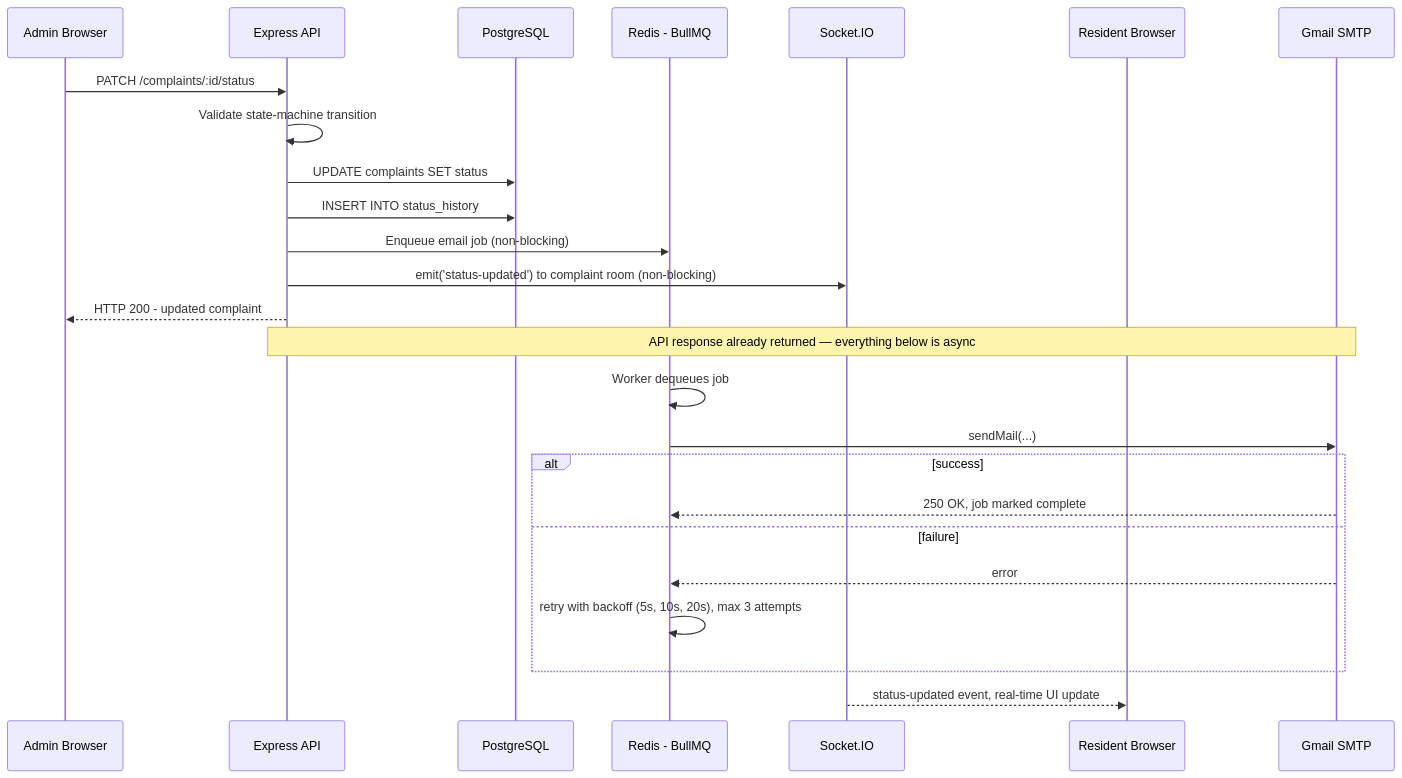
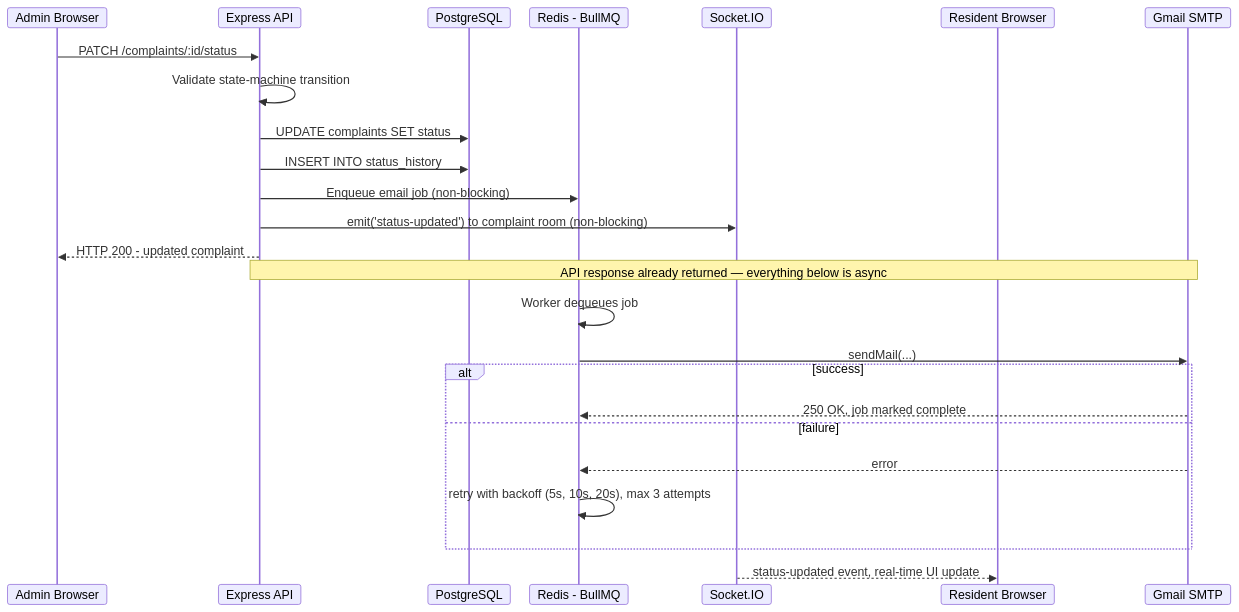
One commit to Suyash121212/SocietyTrack changed the fifth of 8 diagrams in SYSTEM_DESIGN.md. Above: the diagram before and after it, drawn with Mermaid. The commit also changed other lines of this file, not shown here.

````diff
--- a/SYSTEM_DESIGN.md
+++ b/SYSTEM_DESIGN.md
@@ -114,30 +111,31 @@
 ```mermaid
+%%{init: {'themeVariables': {'fontSize': '11px'}, 'sequence': {'actorMargin': 25, 'messageMargin': 10, 'boxMargin': 4, 'noteMargin': 4, 'height': 26, 'width': 90}}}%%
 sequenceDiagram
     participant AB as Admin Browser
     participant API as Express API
     participant DB as PostgreSQL
     participant Q as Redis - BullMQ
     participant S as Socket.IO
     participant RB as Resident Browser
     participant SMTP as Gmail SMTP
 
     AB->>API: PATCH /complaints/:id/status
     API->>API: Validate state-machine transition
     API->>DB: UPDATE complaints SET status
     API->>DB: INSERT INTO status_history
     API->>Q: Enqueue email job (non-blocking)
     API->>S: emit('status-updated') to complaint room (non-blocking)
     API-->>AB: HTTP 200 - updated complaint
 
     Note over API,SMTP: API response already returned — everything below is async
 
     Q->>Q: Worker dequeues job
     Q->>SMTP: sendMail(...)
     alt success
         SMTP-->>Q: 250 OK, job marked complete
     else failure
         SMTP-->>Q: error
         Q->>Q: retry with backoff (5s, 10s, 20s), max 3 attempts
     end
     S-->>RB: status-updated event, real-time UI update
 ```
````
